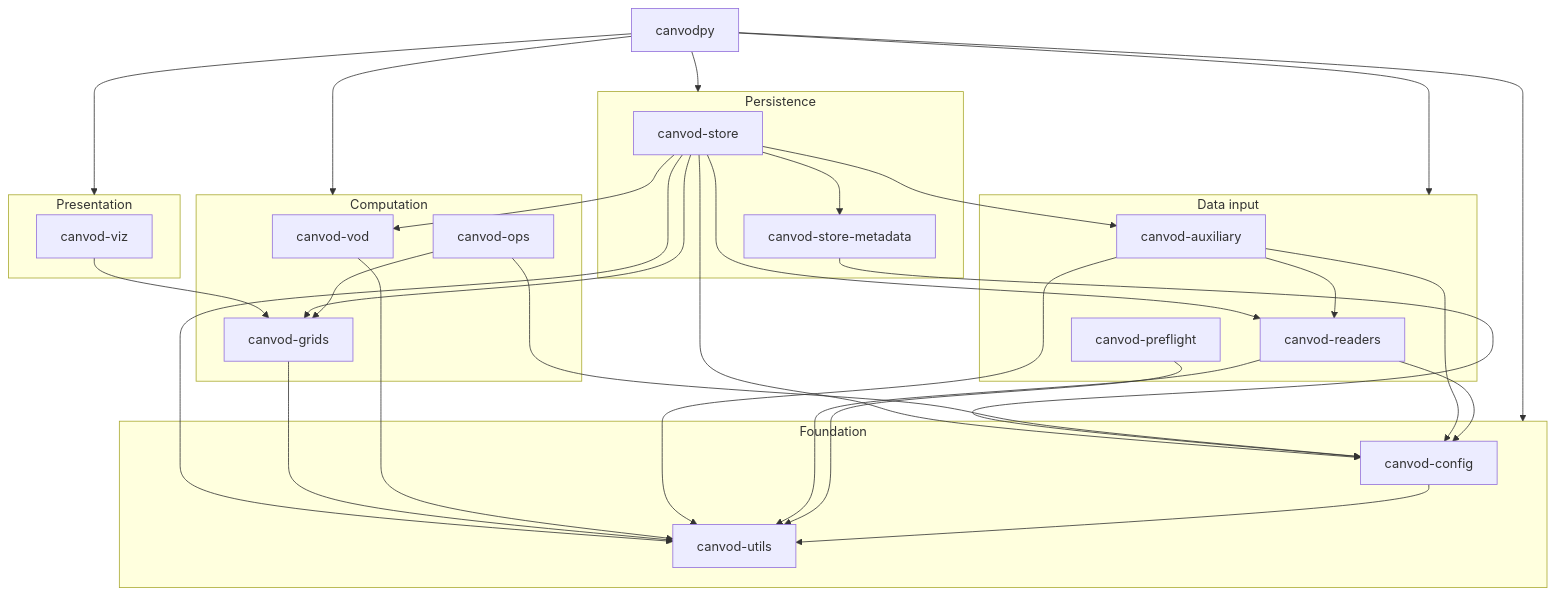
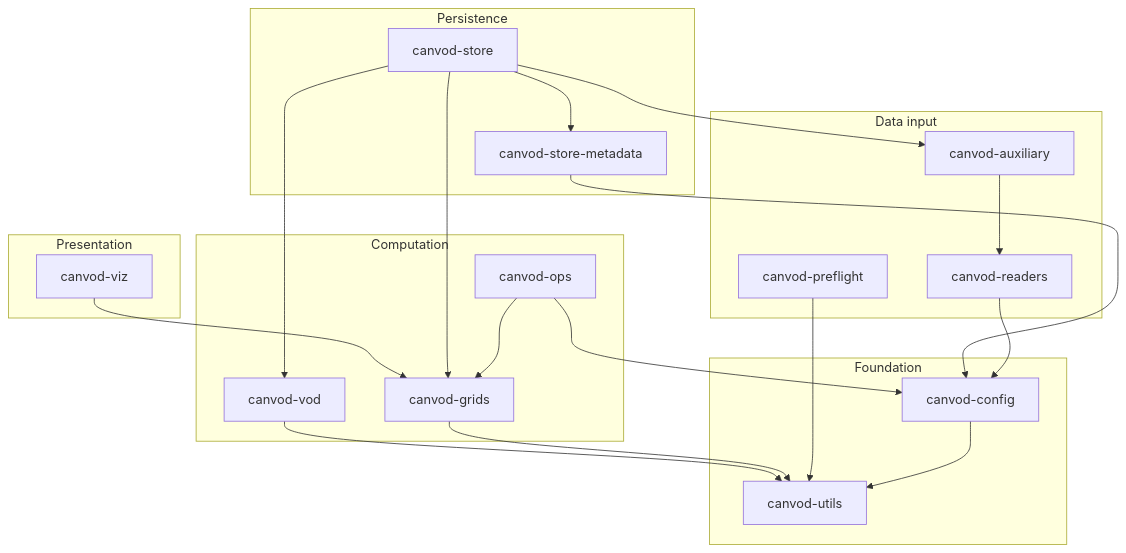
The first of 2 diagrams in docs/architecture.md (TUW-GEO/canvodpy), drawn with Mermaid before and after one commit. The commit also changed other lines of this file and 4 other files, not shown here.

First line of the commit message:
docs: dependency graphs by layer, from one script

````diff
--- a/docs/architecture.md
+++ b/docs/architecture.md
@@ -34,43 +35,35 @@
 ```mermaid
 graph TD
-    CANVODPY["canvodpy"]
-
-    subgraph PRESENT["Presentation"]
+    subgraph PRESENTATION["Presentation"]
         VIZ["canvod-viz"]
     end
-
-    subgraph PERSIST["Persistence"]
+    subgraph PERSISTENCE["Persistence"]
+        STORE_METADATA["canvod-store-metadata"]
         STORE["canvod-store"]
-        STOREMETA["canvod-store-metadata"]
     end
-
-    subgraph COMPUTE["Computation"]
+    subgraph COMPUTATION["Computation"]
         VOD["canvod-vod"]
         GRIDS["canvod-grids"]
         OPS["canvod-ops"]
     end
-
-    subgraph INPUT["Data input"]
+    subgraph DATA_INPUT["Data input"]
         READERS["canvod-readers"]
-        AUX["canvod-auxiliary"]
+        AUXILIARY["canvod-auxiliary"]
         PREFLIGHT["canvod-preflight"]
     end
-
     subgraph FOUNDATION["Foundation"]
+        UTILS["canvod-utils"]
         CONFIG["canvod-config"]
-        UTILS["canvod-utils"]
     end
 
-    CANVODPY --> PRESENT & PERSIST & COMPUTE & INPUT & FOUNDATION
-
     VIZ --> GRIDS
-    STORE --> STOREMETA & VOD & GRIDS & READERS & AUX & CONFIG & UTILS
-    STOREMETA --> CONFIG
-    OPS --> GRIDS & CONFIG
+    STORE_METADATA --> CONFIG
+    STORE --> AUXILIARY & GRIDS & STORE_METADATA & VOD
+    VOD --> UTILS
     GRIDS --> UTILS
-    VOD --> UTILS
-    AUX --> READERS & CONFIG & UTILS
-    READERS --> CONFIG & UTILS
+    OPS --> CONFIG & GRIDS
+    READERS --> CONFIG
+    AUXILIARY --> READERS
     PREFLIGHT --> UTILS
     CONFIG --> UTILS
 ```
````
